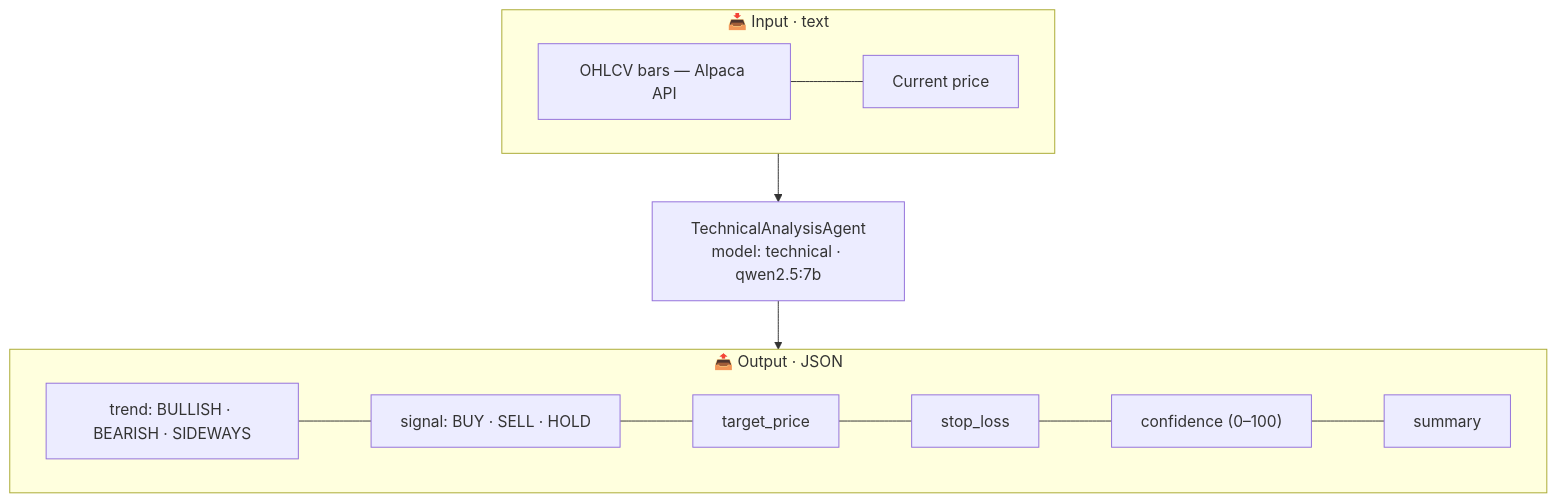
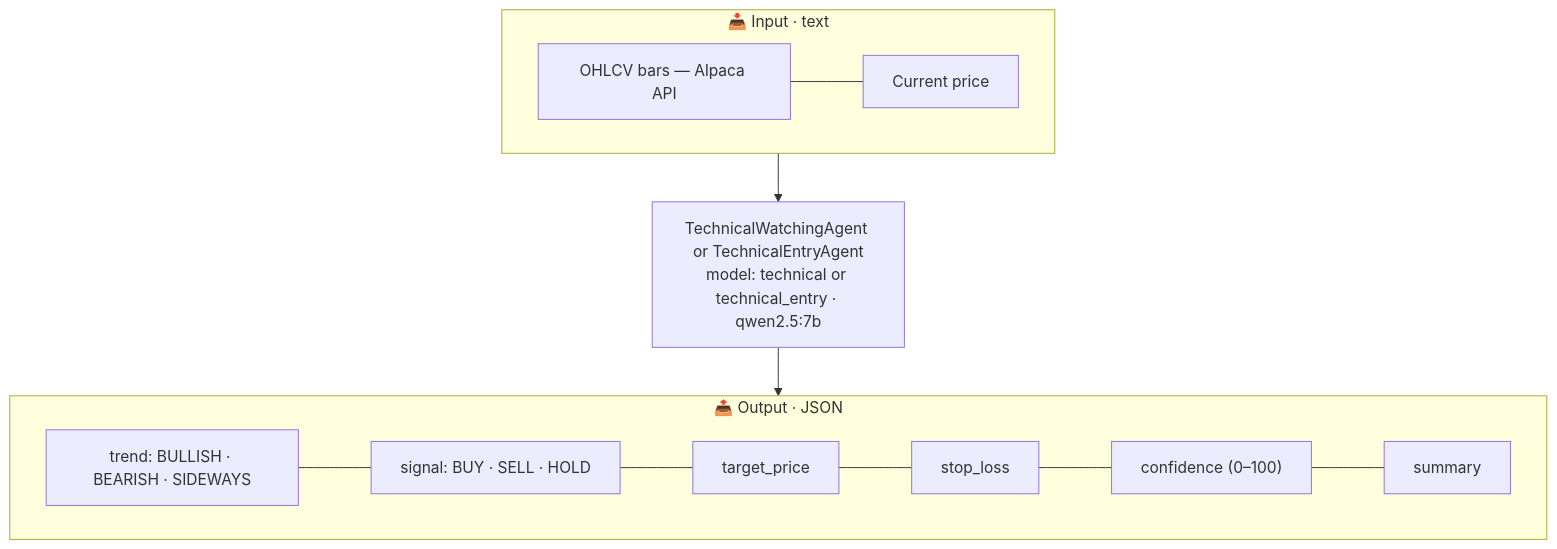
Before and after one commit to juandgm13/Trading-AI-Agent: the third of 6 diagrams in docs/architecture.md, drawn with Mermaid. The commit also changed other lines of this file and 5 other files, not shown here.

````diff
--- a/docs/architecture.md
+++ b/docs/architecture.md
@@ -73,20 +83,20 @@
 ```mermaid
 flowchart TB
     subgraph IN["📥 Input · text"]
         I1["OHLCV bars — Alpaca API"]
         --- I2["Current price"]
     end
 
-    AG["TechnicalAnalysisAgent<br/>model: technical · qwen2.5:7b"]
+    AG["TechnicalWatchingAgent or TechnicalEntryAgent<br/>model: technical or technical_entry · qwen2.5:7b"]
 
     subgraph OUT["📤 Output · JSON"]
         O1["trend: BULLISH · BEARISH · SIDEWAYS"]
         --- O2["signal: BUY · SELL · HOLD"]
         --- O3["target_price"]
         --- O4["stop_loss"]
         --- O5["confidence (0–100)"]
         --- O6["summary"]
     end
 
     IN --> AG --> OUT
 ```
````
